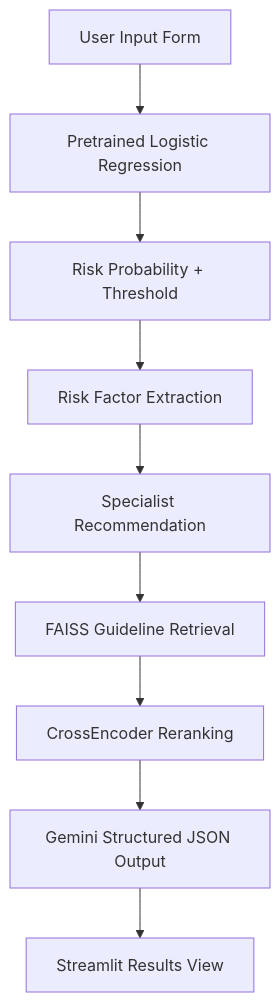
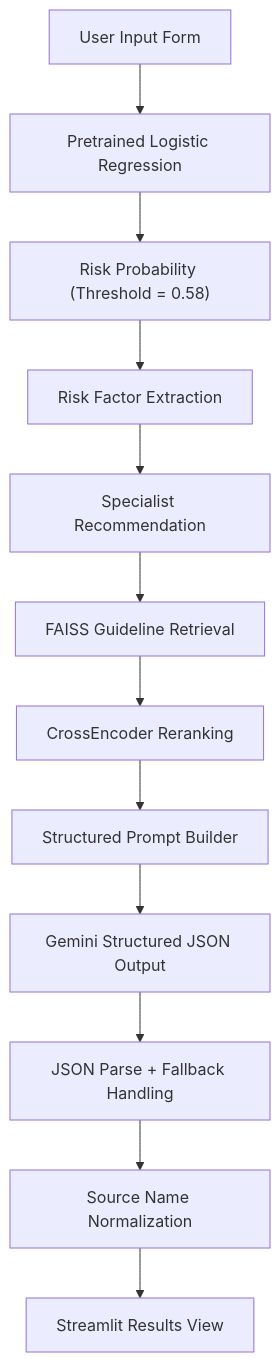
The first of 3 diagrams in README.md (Shubham-60/Diabetes-Preidictor), drawn with Mermaid before and after one commit. The commit also changed other lines of this file and 2 other files, not shown here.

````diff
--- a/README.md
+++ b/README.md
@@ -49,11 +66,14 @@
 ```mermaid
 flowchart TD
         UI["User Input Form"] --> ML["Pretrained Logistic Regression"]
-        ML --> SCORE["Risk Probability + Threshold"]
-        SCORE --> FACTORS["Risk Factor Extraction"]
+    ML --> SCORE["Risk Probability (Threshold = 0.58)"]
+    SCORE --> FACTORS["Risk Factor Extraction"]
         FACTORS --> DOCTOR["Specialist Recommendation"]
         DOCTOR --> RETRIEVE["FAISS Guideline Retrieval"]
         RETRIEVE --> RERANK["CrossEncoder Reranking"]
-        RERANK --> LLM["Gemini Structured JSON Output"]
-        LLM --> OUT["Streamlit Results View"]
+    RERANK --> PROMPT["Structured Prompt Builder"]
+    PROMPT --> LLM["Gemini Structured JSON Output"]
+    LLM --> PARSE["JSON Parse + Fallback Handling"]
+    PARSE --> SRC["Source Name Normalization"]
+    SRC --> OUT["Streamlit Results View"]
 ```
````
